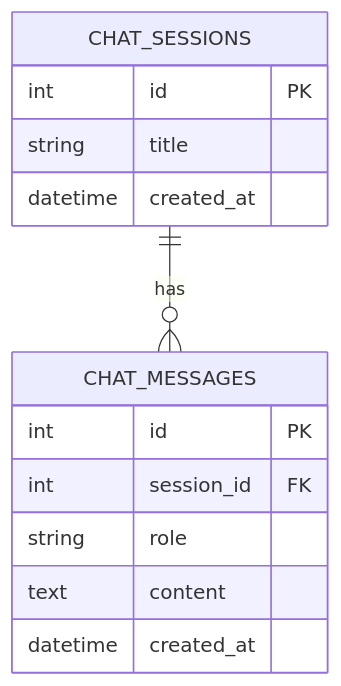
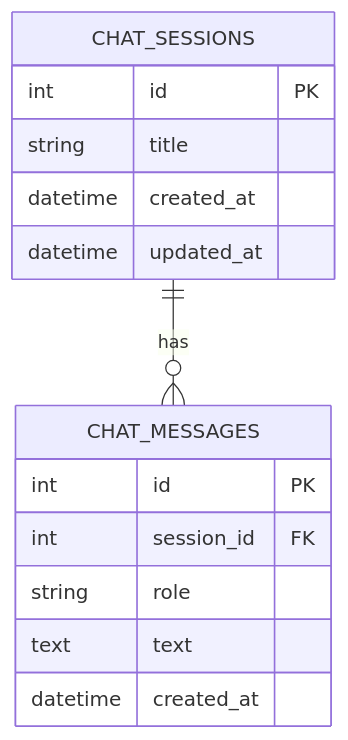
The first of 3 diagrams in README.md (SKNETWORKS-FAMILY-AICAMP/SKN25-4th-6Team), drawn with Mermaid before and after one commit. The commit also changed other lines of this file, not shown here.

````diff
--- a/README.md
+++ b/README.md
@@ -190,16 +190,17 @@
 ```mermaid
 erDiagram
     CHAT_SESSIONS ||--o{ CHAT_MESSAGES : "has"
     CHAT_SESSIONS {
         int id PK
         string title
         datetime created_at
+        datetime updated_at
     }
     CHAT_MESSAGES {
         int id PK
         int session_id FK
         string role
-        text content
+        text text
         datetime created_at
     }
 ```
````
